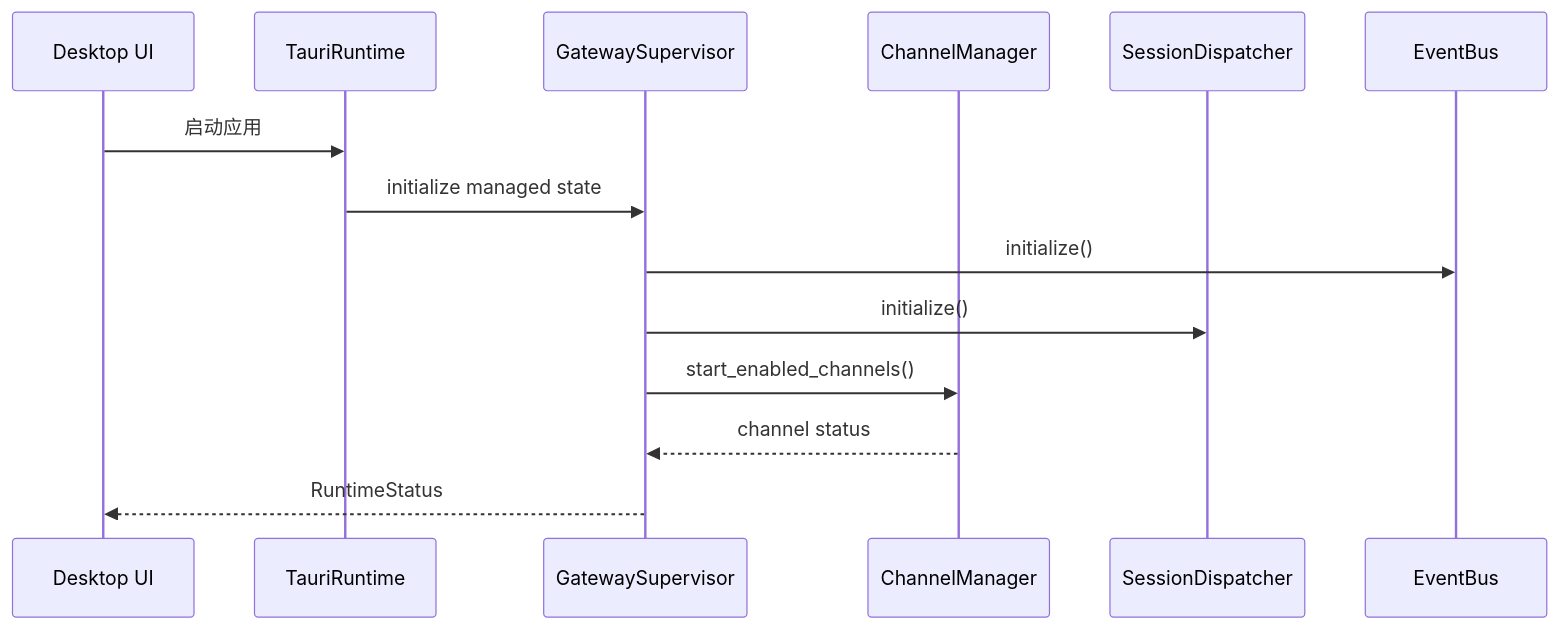
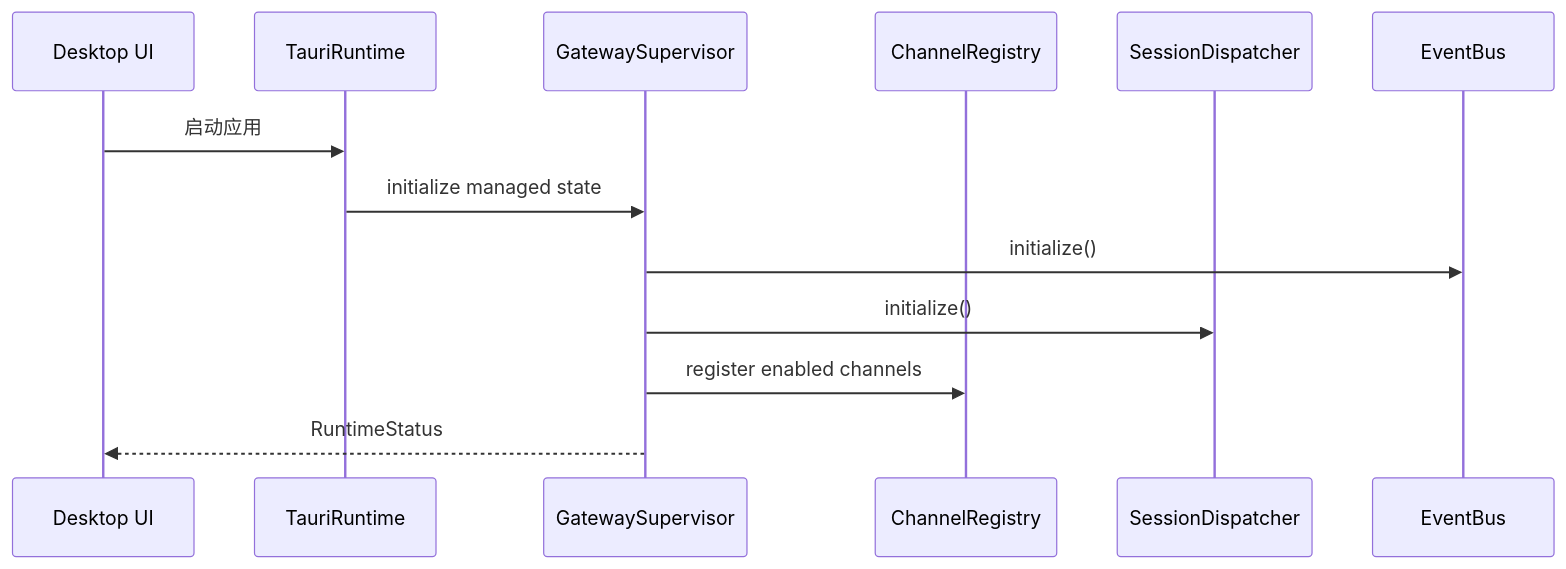
One commit to zhuxining/MindClaw changed the first of 4 diagrams in docs/architecture/10-channel-gateway.md. Above: the diagram before and after it, drawn with Mermaid. The commit also changed other lines of this file and 63 other files, not shown here.

````diff
--- a/docs/architecture/10-channel-gateway.md
+++ b/docs/architecture/10-channel-gateway.md
@@ -59,17 +62,16 @@
 ```mermaid
 sequenceDiagram
     participant UI as Desktop UI
     participant TR as TauriRuntime
     participant GS as GatewaySupervisor
-    participant CM as ChannelManager
+    participant CR as ChannelRegistry
     participant SD as SessionDispatcher
     participant EB as EventBus
 
     UI->>TR: 启动应用
     TR->>GS: initialize managed state
     GS->>EB: initialize()
     GS->>SD: initialize()
-    GS->>CM: start_enabled_channels()
-    CM-->>GS: channel status
+    GS->>CR: register enabled channels
     GS-->>UI: RuntimeStatus
 ```
````
